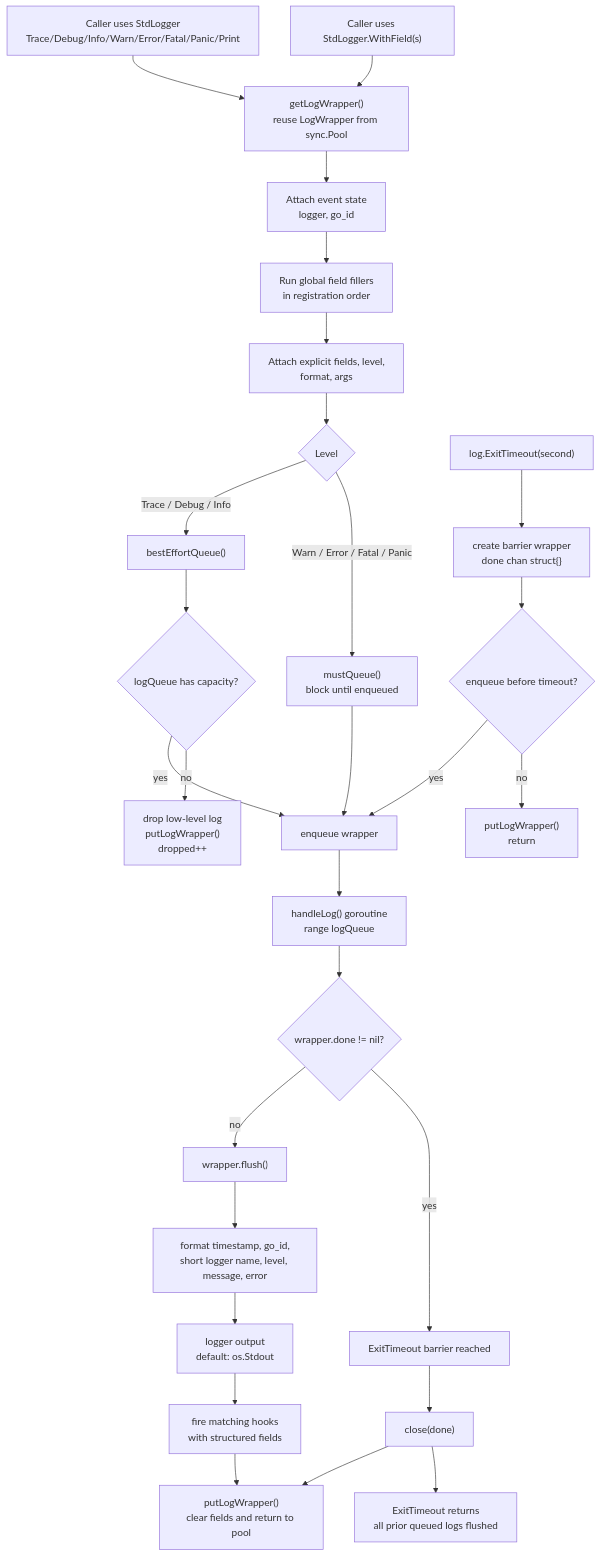
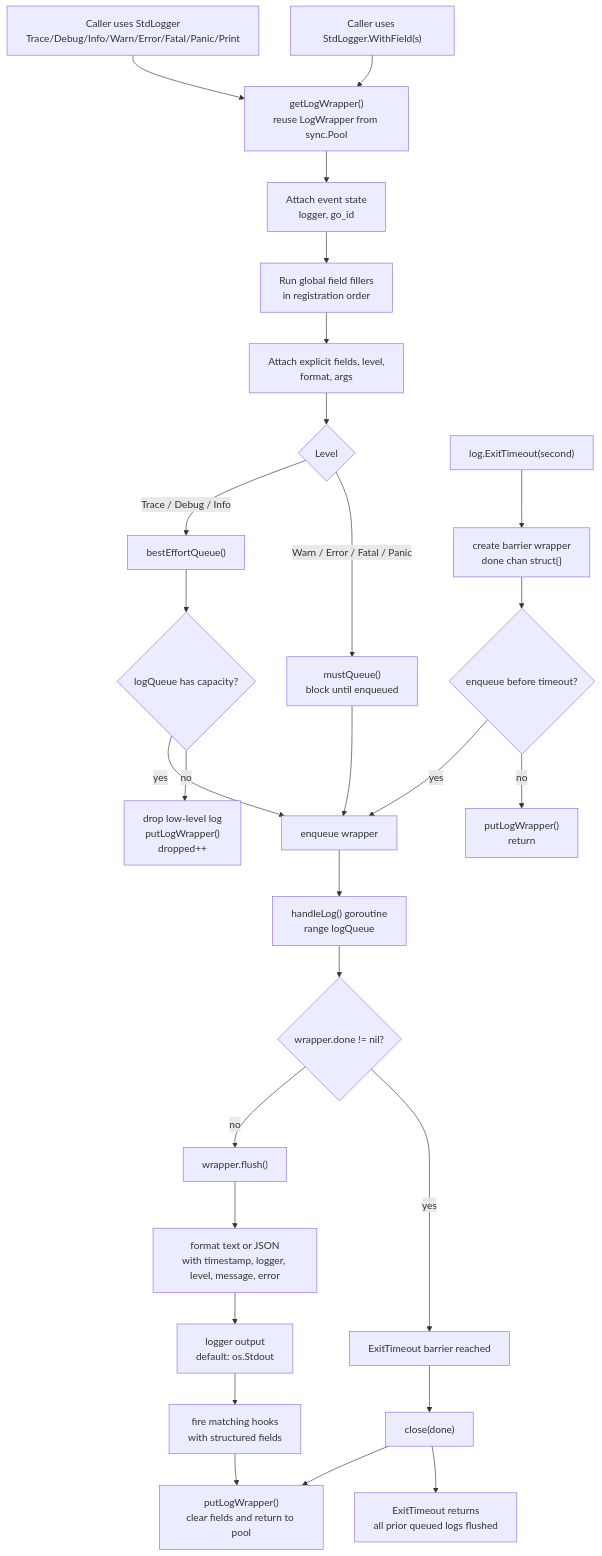
One commit to real-uangi/allingo changed the first of 2 diagrams in common/log/README.md. Above: the diagram before and after it, drawn with Mermaid. The commit also changed other lines of this file and 19 other files, not shown here.

````diff
--- a/common/log/README.md
+++ b/common/log/README.md
@@ -3,35 +3,35 @@
 ```mermaid
 flowchart TD
     A["Caller uses StdLogger<br/>Trace/Debug/Info/Warn/Error/Fatal/Panic/Print"] --> B["getLogWrapper()<br/>reuse LogWrapper from sync.Pool"]
     A2["Caller uses StdLogger.WithField(s)"] --> B
     B --> C["Attach event state<br/>logger, go_id"]
     C --> C2["Run global field fillers<br/>in registration order"]
     C2 --> C3["Attach explicit fields, level,<br/>format, args"]
     C3 --> D{"Level"}
 
     D -->|"Trace / Debug / Info"| F["bestEffortQueue()"]
     F --> G{"logQueue has capacity?"}
     G -->|"yes"| H["enqueue wrapper"]
     G -->|"no"| I["drop low-level log<br/>putLogWrapper()<br/>dropped++"]
 
     D -->|"Warn / Error / Fatal / Panic"| J["mustQueue()<br/>block until enqueued"]
     J --> H
 
     H --> K["handleLog() goroutine<br/>range logQueue"]
     K --> L{"wrapper.done != nil?"}
     L -->|"no"| M["wrapper.flush()"]
-    M --> N["format timestamp, go_id,<br/>short logger name, level, message, error"]
+    M --> N["format text or JSON<br/>with timestamp, logger, level, message, error"]
     N --> O["logger output<br/>default: os.Stdout"]
     O --> P["fire matching hooks<br/>with structured fields"]
     P --> R["putLogWrapper()<br/>clear fields and return to pool"]
 
     L -->|"yes"| S["ExitTimeout barrier reached"]
     S --> T["close(done)"]
     T --> R
 
     U["log.ExitTimeout(second)"] --> V["create barrier wrapper<br/>done chan struct{}"]
     V --> W{"enqueue before timeout?"}
     W -->|"yes"| H
     W -->|"no"| X["putLogWrapper()<br/>return"]
     T --> Y["ExitTimeout returns<br/>all prior queued logs flushed"]
 ```
````
